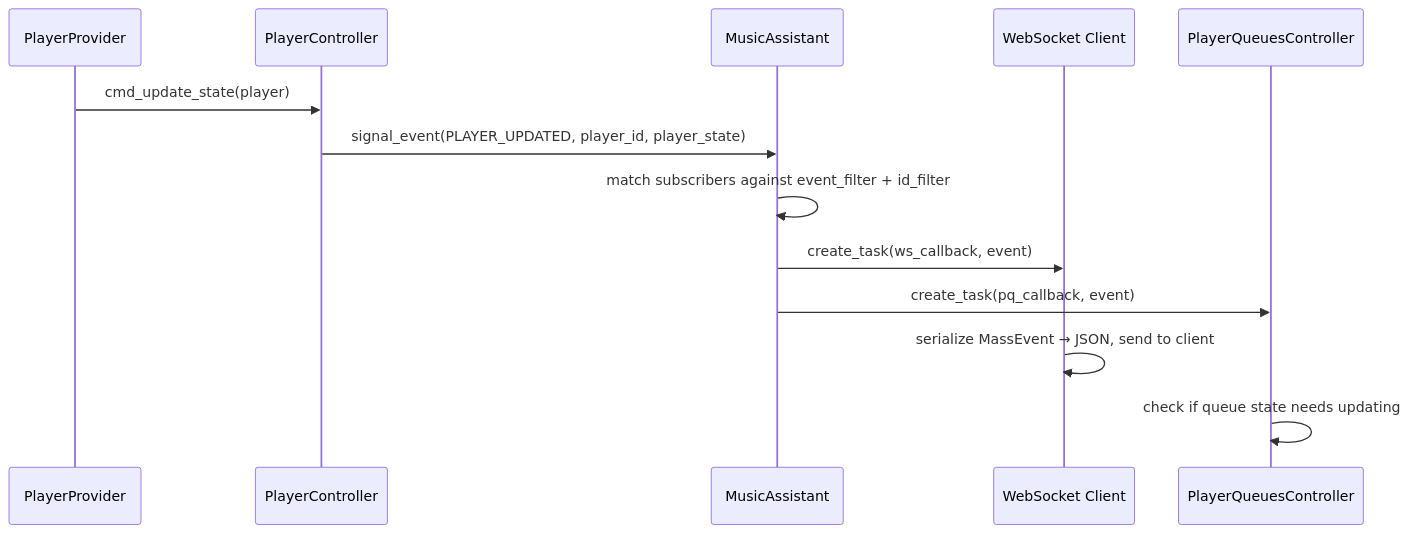
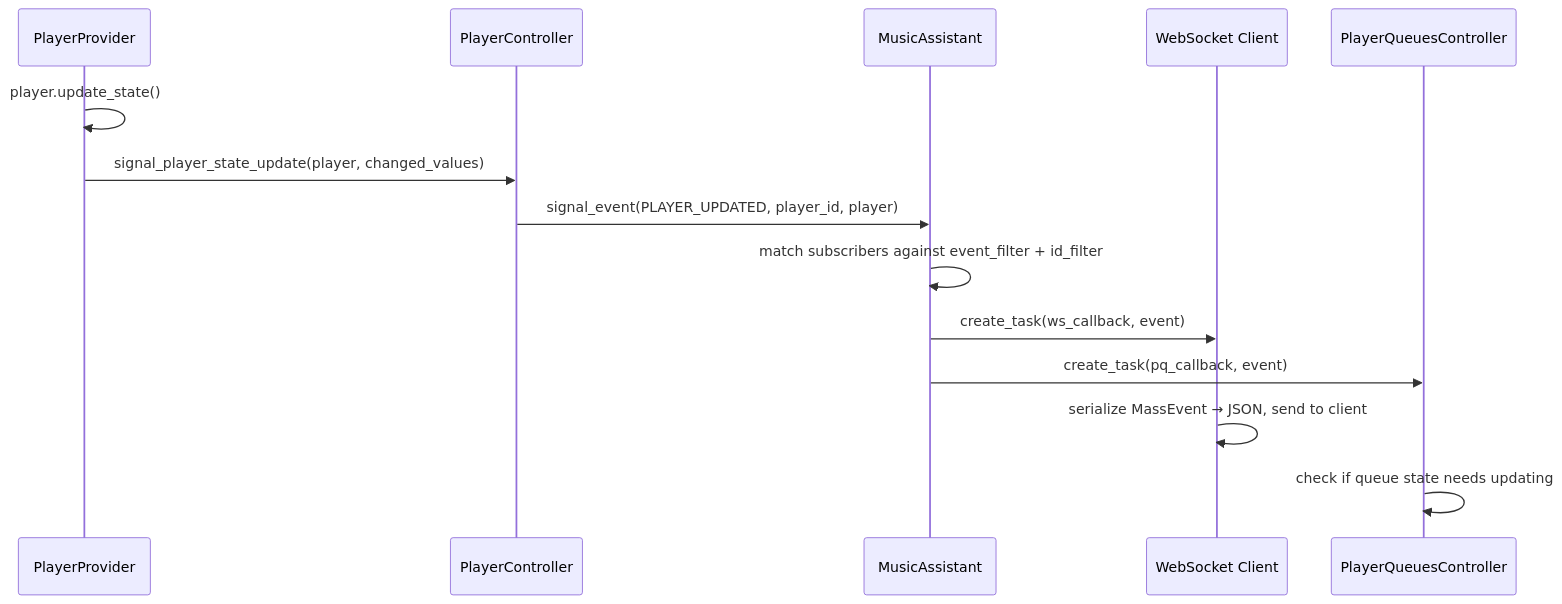
The diagram in docs/architecture/01-event-system.md (theturtle32/music-assistant-server), drawn with Mermaid before and after one commit. The commit also changed 3 other files, not shown here.

First line of the commit message:
Add player architecture documentation (sub-plan 2)

````diff
--- a/docs/architecture/01-event-system.md
+++ b/docs/architecture/01-event-system.md
@@ -170,16 +170,17 @@
 ```mermaid
 sequenceDiagram
     participant PP as PlayerProvider
     participant PC as PlayerController
     participant MA as MusicAssistant
     participant WS as WebSocket Client
     participant PQ as PlayerQueuesController
 
-    PP->>PC: cmd_update_state(player)
-    PC->>MA: signal_event(PLAYER_UPDATED, player_id, player_state)
+    PP->>PP: player.update_state()
+    PP->>PC: signal_player_state_update(player, changed_values)
+    PC->>MA: signal_event(PLAYER_UPDATED, player_id, player)
     MA->>MA: match subscribers against event_filter + id_filter
     MA->>WS: create_task(ws_callback, event)
     MA->>PQ: create_task(pq_callback, event)
     WS->>WS: serialize MassEvent → JSON, send to client
     PQ->>PQ: check if queue state needs updating
 ```
````
